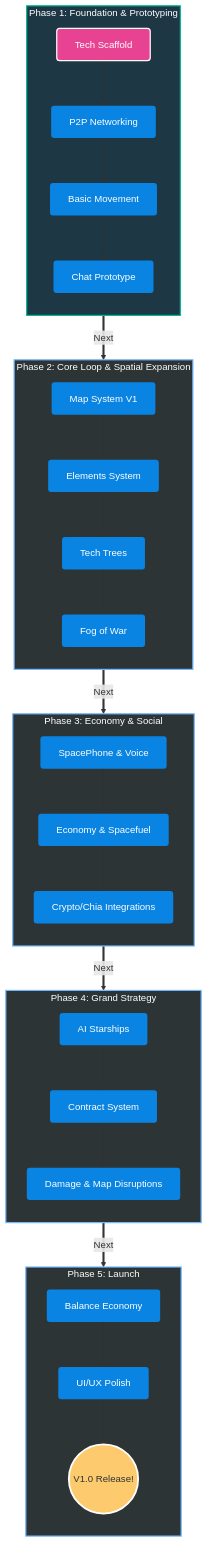
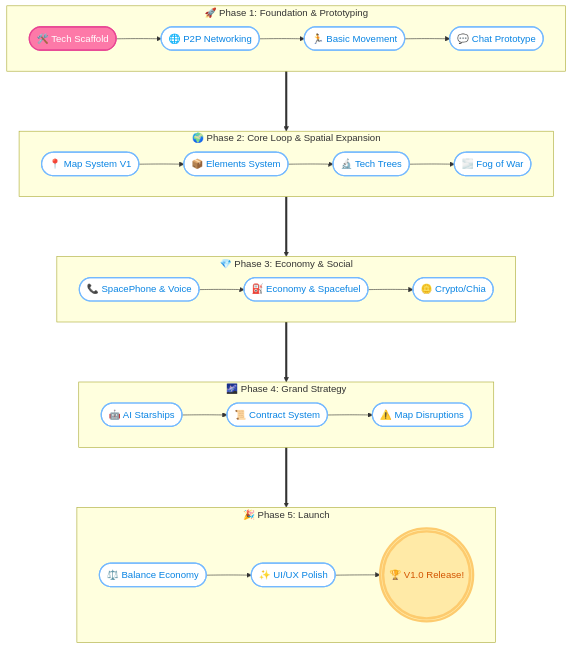
The diagram in ROADMAP.md (Bella-Addormentata/StarStationFurlong), drawn with Mermaid before and after one commit.

Commit message:
style(docs): modern and clean mermaid roadmap

````diff
--- a/ROADMAP.md
+++ b/ROADMAP.md
@@ -7,45 +7,44 @@
 ```mermaid
 flowchart TB
-    classDef phase1 fill:#1e3745,stroke:#00b894,stroke-width:2px,color:#fff
-    classDef phase2 fill:#2d3436,stroke:#74b9ff,stroke-width:2px,color:#fff
-    classDef item fill:#0984e3,stroke:#fff,stroke-width:0px,color:#fff,rx:5px,ry:5px
-    classDef current fill:#e84393,stroke:#fff,stroke-width:2px,color:#fff,rx:5px,ry:5px
-    classDef milestone fill:#fdcb6e,stroke:#fff,stroke-width:3px,color:#2d3436,rx:15px,ry:15px
+    %% Color Palette & Styles
+    classDef default fill:#f8f9fa,stroke:#dfe6e9,stroke-width:2px,color:#2d3436
+    classDef currentPhase fill:#e1f5fe,stroke:#0984e3,stroke-width:3px,stroke-dasharray: 5 5
+    classDef futurePhase fill:#f5f6fa,stroke:#b2bec3,stroke-width:2px
+    classDef statusDoing fill:#fd79a8,stroke:#e84393,stroke-width:2px,color:#fff,rx:8px,ry:8px
+    classDef statusTodo fill:#ffffff,stroke:#74b9ff,stroke-width:2px,color:#0984e3,rx:8px,ry:8px
+    classDef statusGoal fill:#ffeaa7,stroke:#fdcb6e,stroke-width:4px,color:#d35400,rx:20px,ry:20px
 
-    subgraph P1 [Phase 1: Foundation & Prototyping]
-        direction TB
-        A1[Tech Scaffold]:::current --> A2[P2P Networking]:::item
-        A2 --> A3[Basic Movement]:::item
-        A3 --> A4[Chat Prototype]:::item
+    subgraph Phase1 [🚀 Phase 1: Foundation & Prototyping]
+        A1([🛠️ Tech Scaffold]):::statusDoing --> A2([🌐 P2P Networking]):::statusTodo
+        A2 --> A3([🏃 Basic Movement]):::statusTodo
+        A3 --> A4([💬 Chat Prototype]):::statusTodo
     end
+    class Phase1 currentPhase
 
-    subgraph P2 [Phase 2: Core Loop & Spatial Expansion]
-        direction TB
-        B1[Map System V1]:::item --> B2[Elements System]:::item
-        B2 --> B3[Tech Trees]:::item
-        B3 --> B4[Fog of War]:::item
+    subgraph Phase2 [🌍 Phase 2: Core Loop & Spatial Expansion]
+        B1([📍 Map System V1]):::statusTodo --> B2([📦 Elements System]):::statusTodo
+        B2 --> B3([🔬 Tech Trees]):::statusTodo
+        B3 --> B4([🌫️ Fog of War]):::statusTodo
     end
+    class Phase2 futurePhase
 
-    subgraph P3 [Phase 3: Economy & Social]
-        direction TB
-        C1[SpacePhone & Voice]:::item --> C2[Economy & Spacefuel]:::item
-        C2 --> C3[Crypto/Chia Integrations]:::item
+    subgraph Phase3 [💎 Phase 3: Economy & Social]
+        C1([📞 SpacePhone & Voice]):::statusTodo --> C2([⛽ Economy & Spacefuel]):::statusTodo
+        C2 --> C3([🪙 Crypto/Chia]):::statusTodo
     end
-    
-    subgraph P4 [Phase 4: Grand Strategy]
-        direction TB
-        D1[AI Starships]:::item --> D2[Contract System]:::item
-        D2 --> D3[Damage & Map Disruptions]:::item
+    class Phase3 futurePhase
+
+    subgraph Phase4 [🌌 Phase 4: Grand Strategy]
+        D1([🤖 AI Starships]):::statusTodo --> D2([📜 Contract System]):::statusTodo
+        D2 --> D3([⚠️ Map Disruptions]):::statusTodo
     end
+    class Phase4 futurePhase
 
-    subgraph P5 [Phase 5: Launch]
-        direction TB
-        E1[Balance Economy]:::item --> E2[UI/UX Polish]:::item
-        E2 --> E3((V1.0 Release!)):::milestone
+    subgraph Phase5 [🎉 Phase 5: Launch]
+        E1([⚖️ Balance Economy]):::statusTodo --> E2([✨ UI/UX Polish]):::statusTodo
+        E2 --> E3(((🏆 V1.0 Release!))):::statusGoal
     end
+    class Phase5 futurePhase
 
-    P1 == Next ==> P2 == Next ==> P3 == Next ==> P4 == Next ==> P5
-    
-    class P1 phase1
-    class P2,P3,P4,P5 phase2
+    Phase1 ===> Phase2 ===> Phase3 ===> Phase4 ===> Phase5
 ```
````
